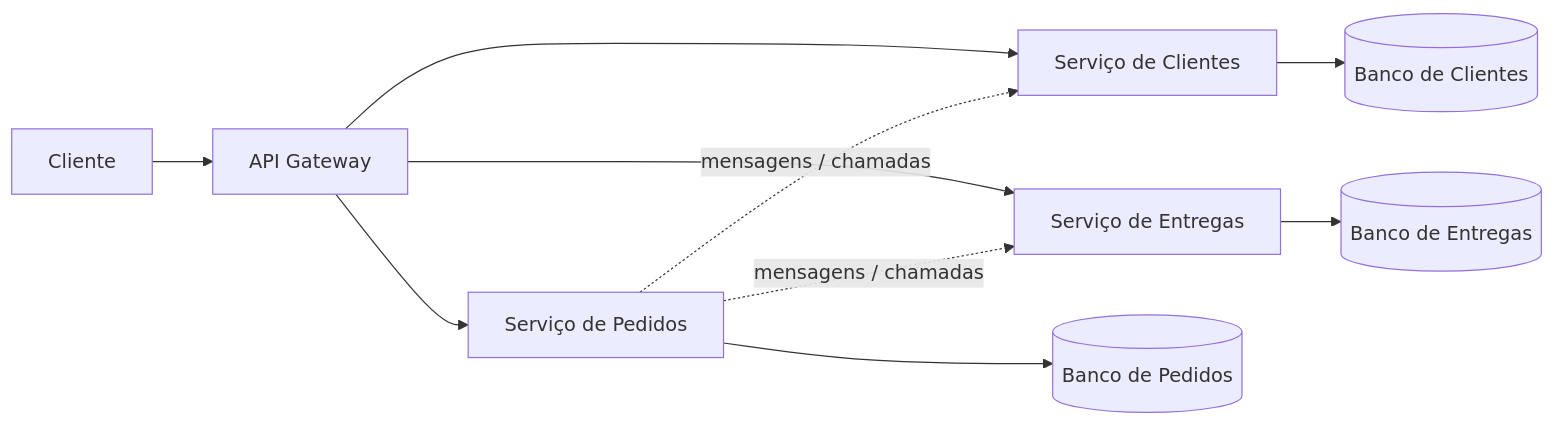
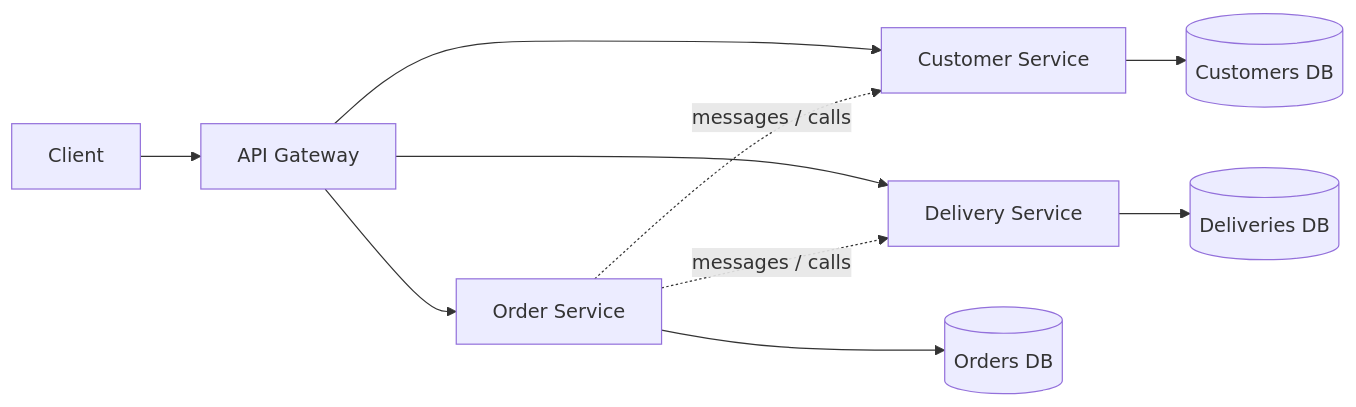
Before and after one commit to alancesar/design-patterns: the diagram in docs/architecture/microservices/architectural-style/microservice-architecture.md, drawn with Mermaid. The commit also changed 258 other files, not shown here.

First line of the commit message:
Translate Mermaid diagrams to English

````diff
--- a/docs/architecture/microservices/architectural-style/microservice-architecture.md
+++ b/docs/architecture/microservices/architectural-style/microservice-architecture.md
@@ -59,12 +59,12 @@
 ```mermaid
 flowchart LR
-    C[Cliente] --> GW[API Gateway]
-    GW --> S1[Serviço de Pedidos]
-    GW --> S2[Serviço de Clientes]
-    GW --> S3[Serviço de Entregas]
-    S1 --> DB1[(Banco de Pedidos)]
-    S2 --> DB2[(Banco de Clientes)]
-    S3 --> DB3[(Banco de Entregas)]
-    S1 -. "mensagens / chamadas" .-> S2
-    S1 -. "mensagens / chamadas" .-> S3
+    C[Client] --> GW[API Gateway]
+    GW --> S1[Order Service]
+    GW --> S2[Customer Service]
+    GW --> S3[Delivery Service]
+    S1 --> DB1[(Orders DB)]
+    S2 --> DB2[(Customers DB)]
+    S3 --> DB3[(Deliveries DB)]
+    S1 -. "messages / calls" .-> S2
+    S1 -. "messages / calls" .-> S3
 ```
````
